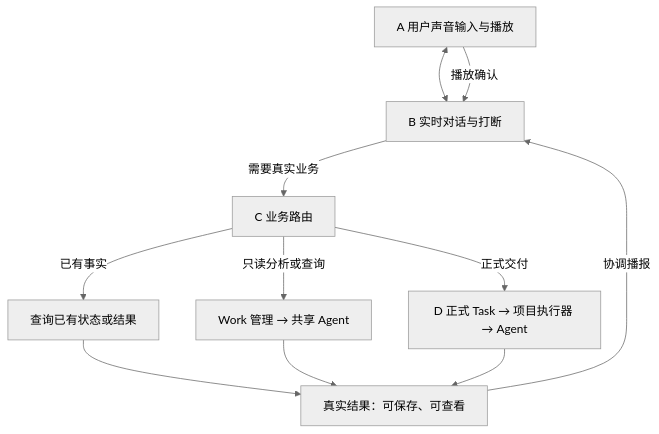
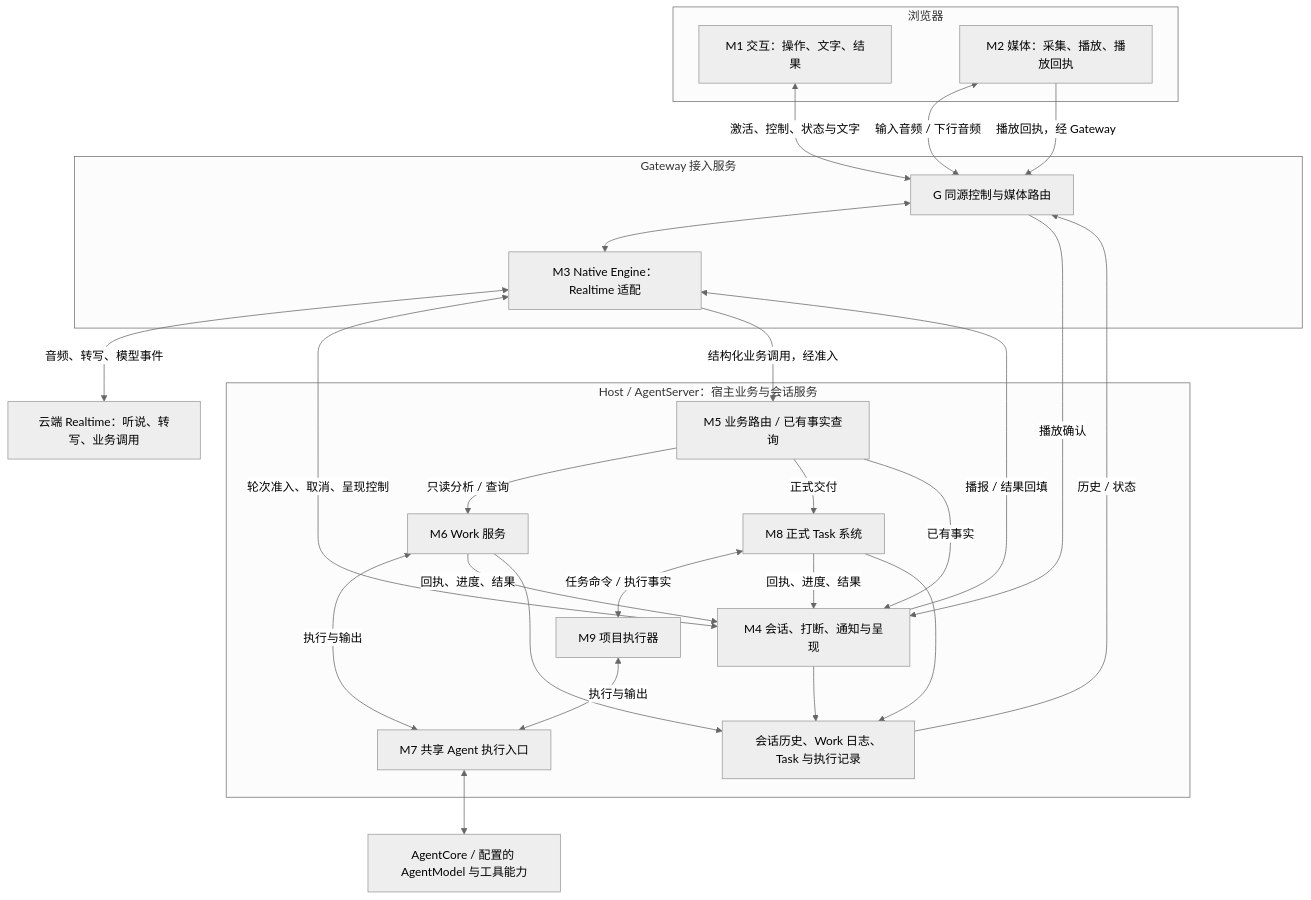
The first of 2 diagrams in live-voice/architecture/VOICE_FEATURE_COMPARISON.md (agtai/jiuwenswarm), drawn with Mermaid (neutral theme) before and after one commit. The commit also changed other lines of this file, not shown here.

Commit message:
docs(voice): restore gateway and host boundaries in comparison

````diff
--- a/live-voice/architecture/VOICE_FEATURE_COMPARISON.md
+++ b/live-voice/architecture/VOICE_FEATURE_COMPARISON.md
@@ -24,13 +31,44 @@
 ```mermaid
 flowchart TB
-  A["A 用户声音输入与播放"] <--> B["B 实时对话与打断"]
-  B -->|需要真实业务| C["C 业务路由"]
-  C -->|已有事实| Q["查询已有状态或结果"]
-  C -->|只读分析或查询| W["Work 管理 → 共享 Agent"]
-  C -->|正式交付| D["D 正式 Task → 项目执行器 → Agent"]
-  Q --> R["真实结果：可保存、可查看"]
-  W --> R
-  D --> R
-  R -->|协调播报| B
-  A -->|播放确认| B
+  subgraph Browser["浏览器"]
+    UI["M1 交互：操作、文字、结果"]
+    Audio["M2 媒体：采集、播放、播放回执"]
+  end
+  subgraph Gateway["Gateway 接入服务"]
+    G["G 同源控制与媒体路由"]
+    E["M3 Native Engine：Realtime 适配"]
+  end
+  P["云端 Realtime：听说、转写、业务调用"]
+  subgraph Host["Host / AgentServer：宿主业务与会话服务"]
+    S["M4 会话、打断、通知与呈现"]
+    R["M5 业务路由 / 已有事实查询"]
+    W["M6 Work 服务"]
+    T["M8 正式 Task 系统"]
+    X["M9 项目执行器"]
+    A["M7 共享 Agent 执行入口"]
+    H["会话历史、Work 日志、Task 与执行记录"]
+  end
+  Core["AgentCore / 配置的 AgentModel 与工具能力"]
+  UI <-->|激活、控制、状态与文字| G
+  Audio <-->|输入音频 / 下行音频| G
+  G <--> E
+  E <-->|音频、转写、模型事件| P
+  E <-->|轮次准入、取消、呈现控制| S
+  E -->|结构化业务调用，经准入| R
+  R -->|只读分析 / 查询| W
+  R -->|正式交付| T
+  W <-->|执行与输出| A
+  T <-->|任务命令 / 执行事实| X
+  X <-->|执行与输出| A
+  A <--> Core
+  R -->|已有事实| S
+  W -->|回执、进度、结果| S
+  T -->|回执、进度、结果| S
+  S -->|播报 / 结果回填| E
+  Audio -->|播放回执，经 Gateway| G
+  G -->|播放确认| S
+  S --> H
+  W --> H
+  T --> H
+  H -->|历史 / 状态| G
 ```
````
